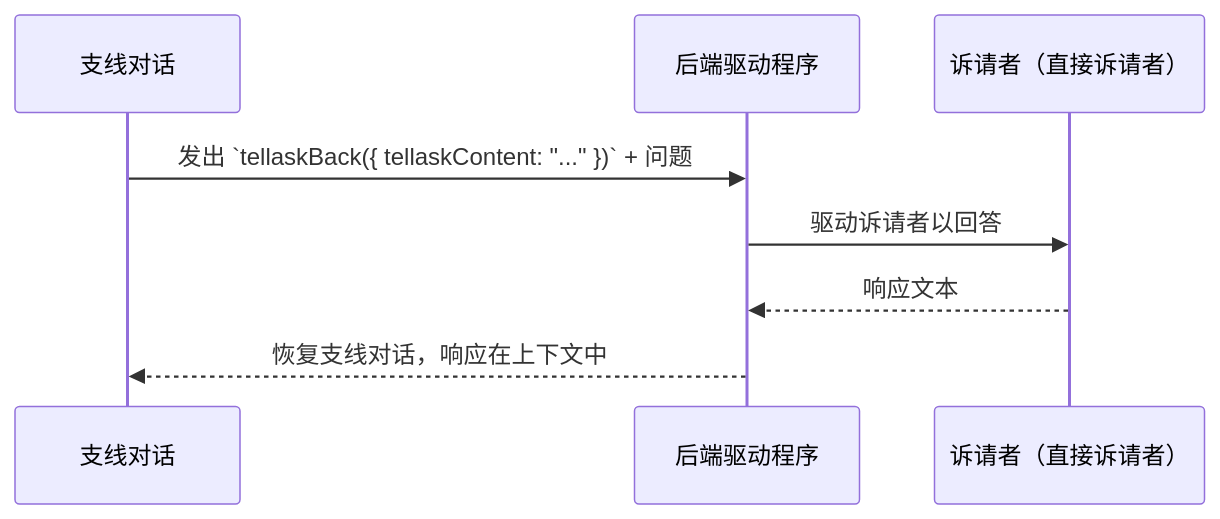
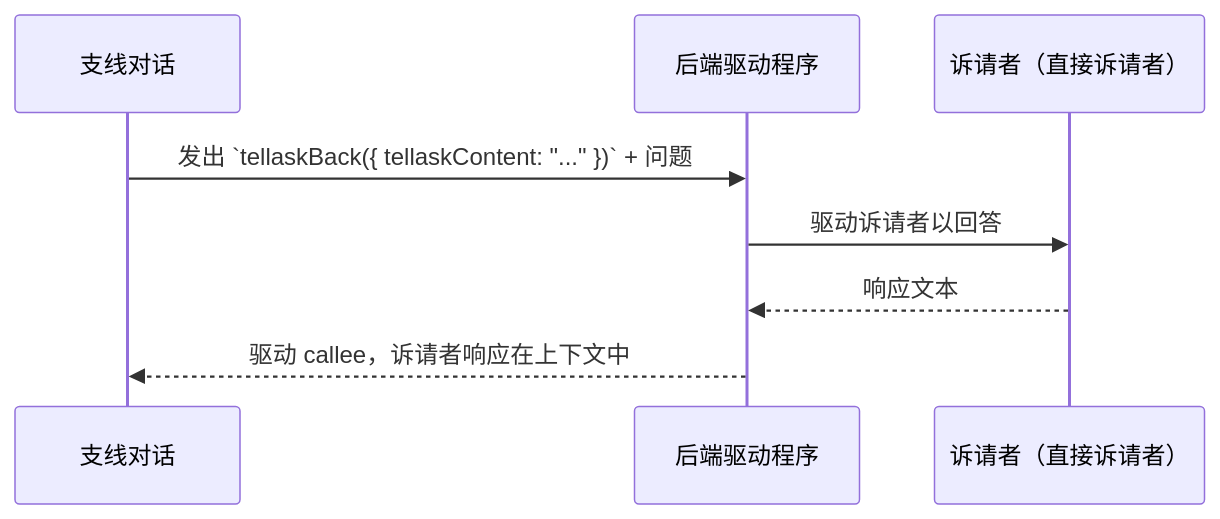
Diagram 11 of 19 in docs/dialog-system.zh.md (longrun-ai/dominds), drawn with Mermaid before and after one commit. The commit also changed other lines of this file and 54 other files, not shown here.

````diff
--- a/docs/dialog-system.zh.md
+++ b/docs/dialog-system.zh.md
@@ -1255,11 +1252,11 @@
 ```mermaid
 sequenceDiagram
   participant Side as 支线对话
   participant Driver as 后端驱动程序
   participant Asker as 诉请者（直接诉请者）
 
   Side->>Driver: 发出 `tellaskBack({ tellaskContent: "..." })` + 问题
   Driver->>Asker: 驱动诉请者以回答
   Asker-->>Driver: 响应文本
-  Driver-->>Side: 恢复支线对话，响应在上下文中
+  Driver-->>Side: 驱动 callee，诉请者响应在上下文中
 ```
````
